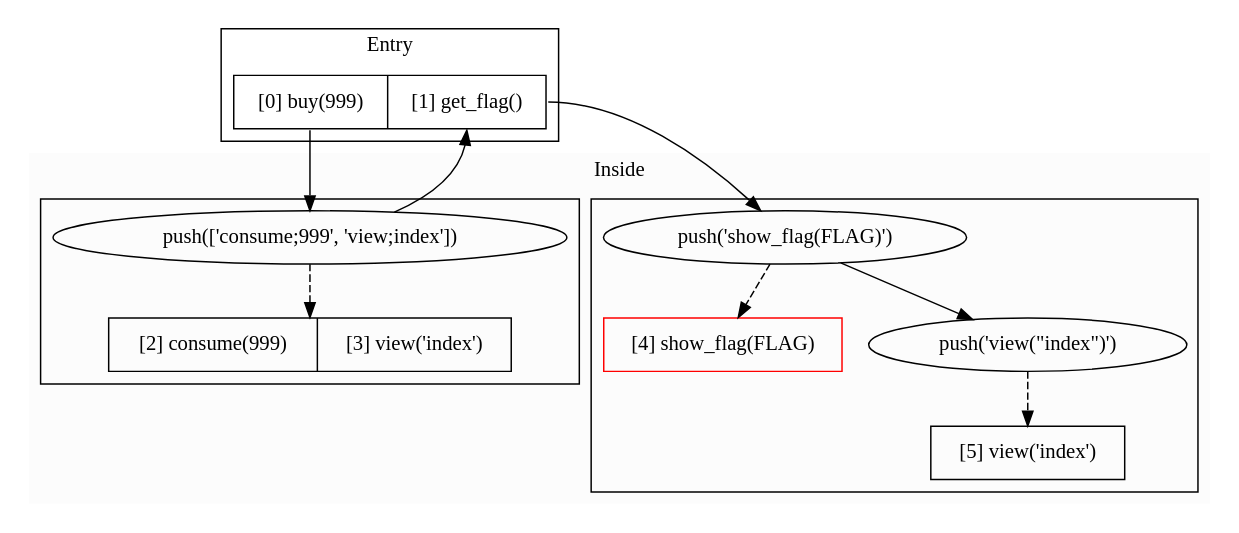
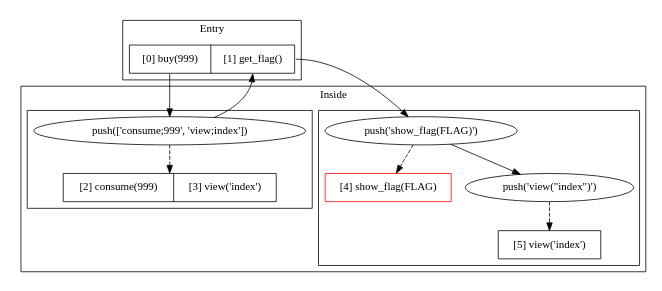
Before and after one commit to imyelo/ddctf-2019-writeups: the second of 3 diagrams in web/4/readme.md, drawn with Graphviz. The commit also changed other lines of this file, not shown here.

````diff
--- a/web/4/readme.md
+++ b/web/4/readme.md
@@ -434,49 +440,38 @@
 ```graphviz
 digraph g {
+    size = 6
+
     subgraph cluster_0 {
-        label="Entry"
-        node [shape="record"];
-        queue_0_1 [label="<buy> [0] buy(999) | <flag> [1] get_flag()"];
+        label = "Entry"
+        node [shape = "record"]
+        queue_0_1 [label = "<0> [0] buy(999) | <1> [1] get_flag()"]
     }
     
     subgraph cluster_1 {
-        label="Inside"
-        color=transparent;
-        bgcolor=grey99;
+        label = "Inside"
         
         subgraph cluster_1_0 {
-            label=""
-            color=black;
-            trigger_1 [label="push(['consume;999', 'view;index'])"];
-            queue_2_3 [label="[2] consume(999) | [3] view('index')", shape=record];
+            label = ""
+            color = "black"
+            trigger_1 [label = "push(['consume;999', 'view;index'])"]
+            queue_2_3 [label = "[2] consume(999) | [3] view('index')", shape = "record"]
         }
 
         subgraph cluster_1_1 {
-            label=""
-            color=black;
-            trigger_2 [label="push('show_flag(FLAG)')"];
-            queue_4 [label="[4] show_flag(FLAG)", shape=record, color=red];
-            trigger_3 [label="push('view(\"index\")')"];
-            queue_5 [label="[5] view('index')", shape=record];
-        }
-        
-        subgraph cluster_1_2 {
-            label=""
-            color=black;
-        }
-        
-        subgraph cluster_1_4 {
-            label=""
-            color=black;
+            label = ""
+            color = "black"
+            trigger_2 [label = "push('show_flag(FLAG)')"]
+            queue_4 [label = "[4] show_flag(FLAG)", shape = "record", color = "red"]
+            trigger_3 [label = "push('view(\"index\")')"]
+            queue_5 [label = "[5] view('index')", shape = "record"]
         }
     }
     
-    queue_0_1:buy -> trigger_1 -> queue_0_1:flag;
-    trigger_1 -> queue_2_3 [style=dashed];
-    queue_0_1:flag -> trigger_2;
-    trigger_2 -> queue_4 [style=dashed];
-
-    trigger_2 -> trigger_3;
-    trigger_3 -> queue_5 [style=dashed];
+    queue_0_1:0 -> trigger_1 -> queue_0_1:1
+    trigger_1 -> queue_2_3 [style=dashed]
+    queue_0_1:1 -> trigger_2
+    trigger_2 -> queue_4 [style=dashed]
+    trigger_2 -> trigger_3
+    trigger_3 -> queue_5 [style=dashed]
 }
 ```
````
